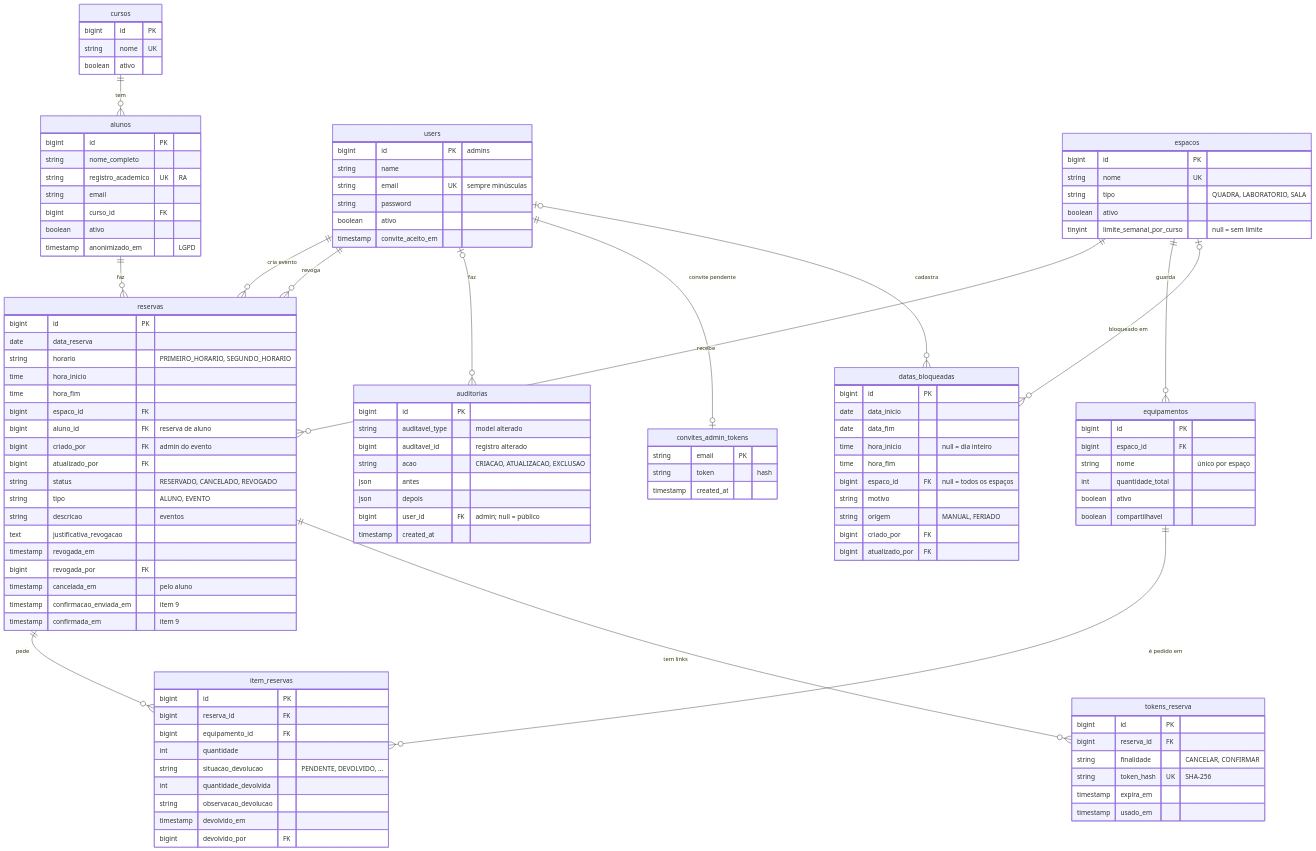
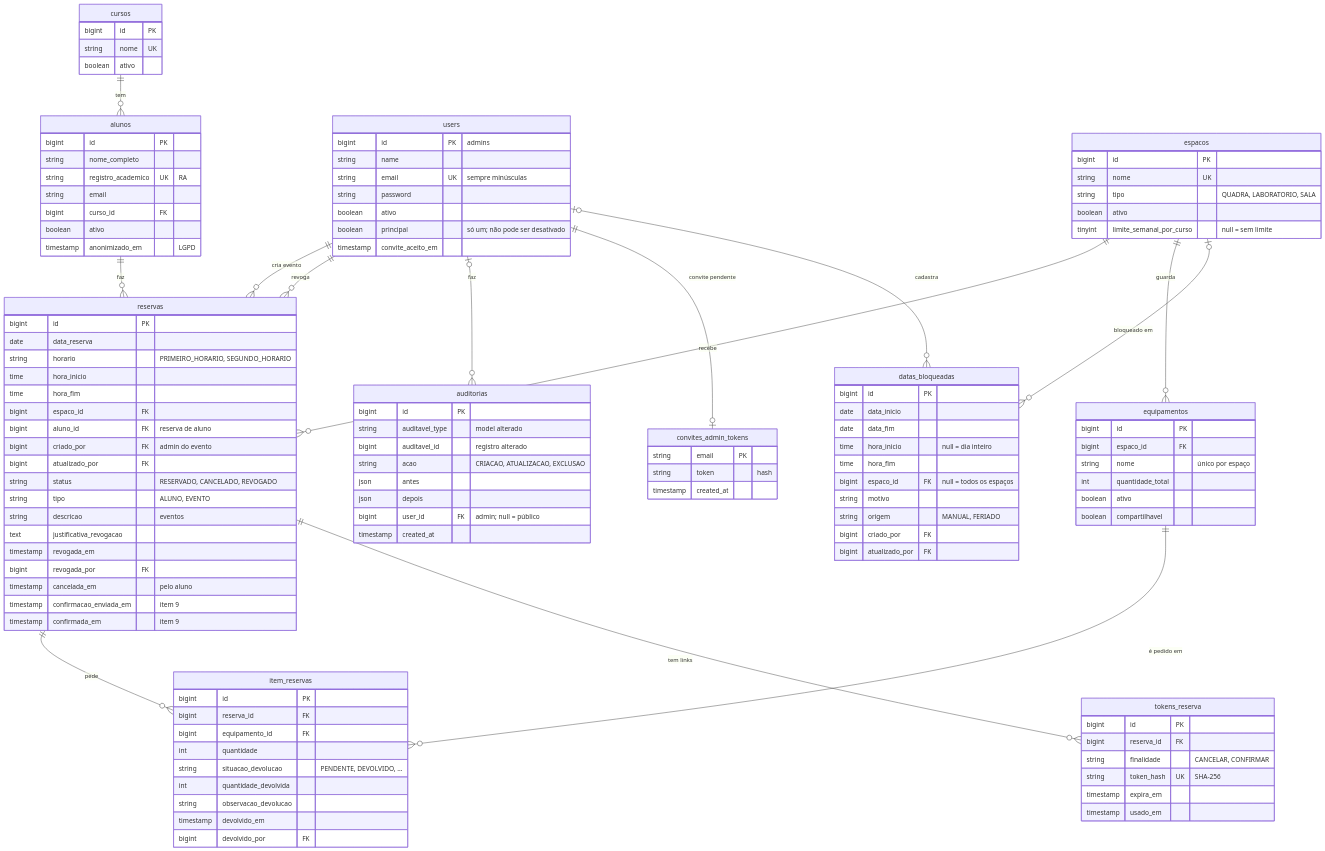
Before and after one commit to ericjunq/reserva-quadra: the diagram in DATABASE.md, drawn with Mermaid. The commit also changed other lines of this file and 3 other files, not shown here.

```diff
--- a/DATABASE.md
+++ b/DATABASE.md
@@ -48,6 +48,7 @@
         string email UK "sempre minúsculas"
         string password
         boolean ativo
+        boolean principal "só um; não pode ser desativado"
         timestamp convite_aceito_em
     }
 
```
